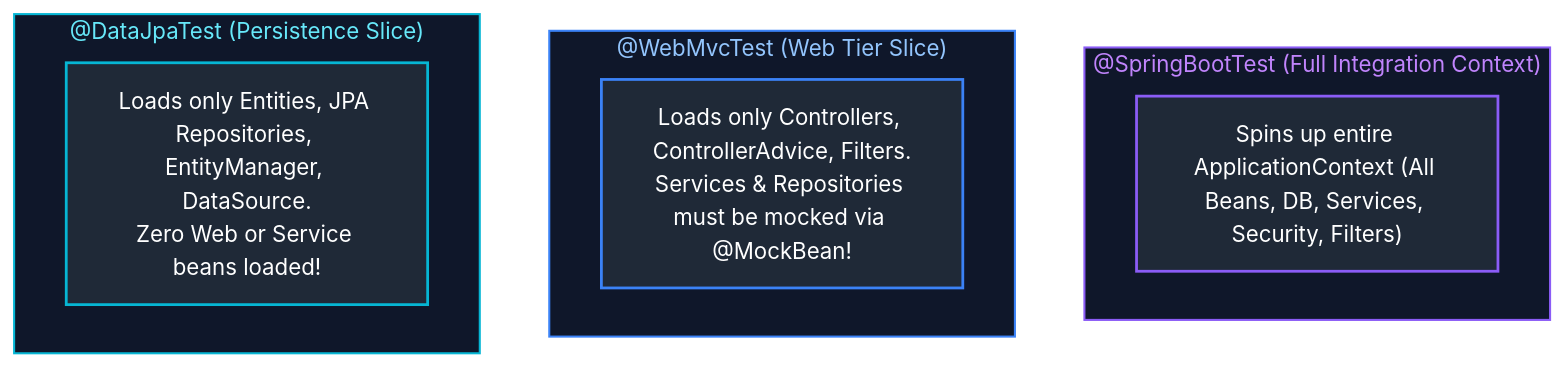
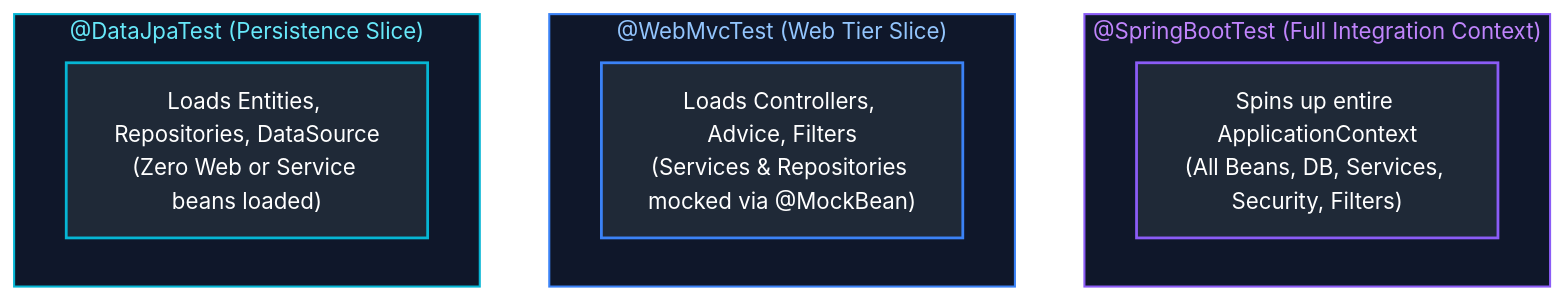
One commit to joydeep-biswas/Interview-Preparation changed the third of 5 diagrams in Java Backend Engineering/14_testing_observability_performance_production_engineering.md. Above: the diagram before and after it, drawn with Mermaid. The commit also changed other lines of this file and 76 other files, not shown here.

Commit message:
Updated Charts

````diff
--- a/Java Backend Engineering/14_testing_observability_performance_production_engineering.md
+++ b/Java Backend Engineering/14_testing_observability_performance_production_engineering.md
@@ -269,22 +270,22 @@
 ```mermaid
 flowchart TD
-    subgraph FullContext["@SpringBootTest (Full Integration Context)"]
-        FullSpring["Spins up entire ApplicationContext (All Beans, DB, Services, Security, Filters)"]
+    subgraph FullContext ["@SpringBootTest (Full Integration Context)"]
+        FullSpring["Spins up entire ApplicationContext<br/>(All Beans, DB, Services, Security, Filters)"]
     end
 
-    subgraph WebSlice["@WebMvcTest (Web Tier Slice)"]
-        WebSpring["Loads only Controllers, ControllerAdvice, Filters.<br/>Services & Repositories must be mocked via @MockBean!"]
+    subgraph WebSlice ["@WebMvcTest (Web Tier Slice)"]
+        WebSpring["Loads Controllers, Advice, Filters<br/>(Services & Repositories mocked via @MockBean)"]
     end
 
-    subgraph DataSlice["@DataJpaTest (Persistence Slice)"]
-        DataSpring["Loads only Entities, JPA Repositories, EntityManager, DataSource.<br/>Zero Web or Service beans loaded!"]
+    subgraph DataSlice ["@DataJpaTest (Persistence Slice)"]
+        DataSpring["Loads Entities, Repositories, DataSource<br/>(Zero Web or Service beans loaded)"]
     end
 
     style FullContext fill:#0f172a,stroke:#8b5cf6,stroke-width:1.5px,color:#c084fc
     style WebSlice fill:#0f172a,stroke:#3b82f6,stroke-width:1.5px,color:#93c5fd
     style DataSlice fill:#0f172a,stroke:#06b6d4,stroke-width:1.5px,color:#67e8f9
 
     style FullSpring fill:#1f2937,stroke:#8b5cf6,stroke-width:2px,color:#fff
     style WebSpring fill:#1f2937,stroke:#3b82f6,stroke-width:2px,color:#fff
     style DataSpring fill:#1f2937,stroke:#06b6d4,stroke-width:2px,color:#fff
 ```
````
